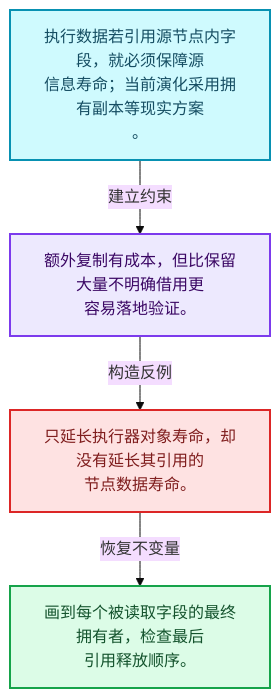
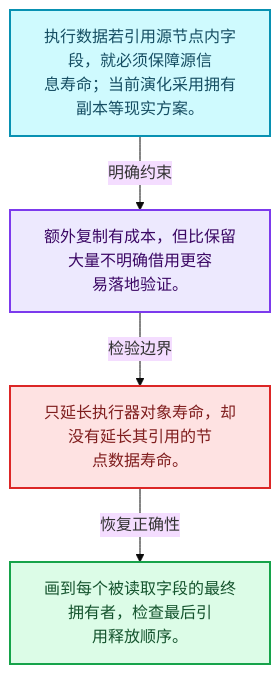
Before and after one commit to yunkezengren/blender-.vscode: the first of 4 diagrams in 杂/markdown/全面学习-codex/10-引用生命周期与Closure/08-执行图所有权与演化.md, drawn with Mermaid (base theme). The commit also changed other lines of this file and 1930 other files, not shown here.

````diff
--- a/杂/markdown/全面学习-codex/10-引用生命周期与Closure/08-执行图所有权与演化.md
+++ b/杂/markdown/全面学习-codex/10-引用生命周期与Closure/08-执行图所有权与演化.md
@@ -29,16 +29,16 @@
 ```mermaid
 flowchart TB
-  M["执行数据若引用源节点内字段，就必须保障源<br/>信息寿命；当前演化采用拥有副本等现实方案<br/>。"]:::data
-  T["额外复制有成本，但比保留大量不明确借用更<br/>容易落地验证。"]:::abstraction
-  X["只延长执行器对象寿命，却没有延长其引用的<br/>节点数据寿命。"]:::error
-  A["画到每个被读取字段的最终拥有者，检查最后<br/>引用释放顺序。"]:::result
-  M -->|"建立约束"| T
-  T -->|"构造反例"| X
-  X -->|"恢复不变量"| A
+  M["执行数据若引用源节点内字段，就必须保障源信<br/>息寿命；当前演化采用拥有副本等现实方案。"]:::data
+  C["额外复制有成本，但比保留大量不明确借用更容<br/>易落地验证。"]:::abstraction
+  B["只延长执行器对象寿命，却没有延长其引用的节<br/>点数据寿命。"]:::error
+  R["画到每个被读取字段的最终拥有者，检查最后引<br/>用释放顺序。"]:::result
+  M -->|"明确约束"| C
+  C -->|"检验边界"| B
+  B -->|"恢复正确性"| R
   classDef input fill:#DBEAFE,stroke:#2563EB,color:#172554,stroke-width:2px;
   classDef data fill:#CFFAFE,stroke:#0891B2,color:#164E63,stroke-width:2px;
   classDef abstraction fill:#EDE9FE,stroke:#7C3AED,color:#3B0764,stroke-width:2px;
   classDef compute fill:#FEF3C7,stroke:#D97706,color:#78350F,stroke-width:2px;
   classDef result fill:#DCFCE7,stroke:#16A34A,color:#14532D,stroke-width:2px;
   classDef error fill:#FEE2E2,stroke:#DC2626,color:#7F1D1D,stroke-width:2px;
 ```
````
